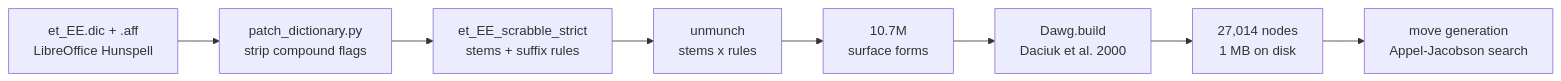
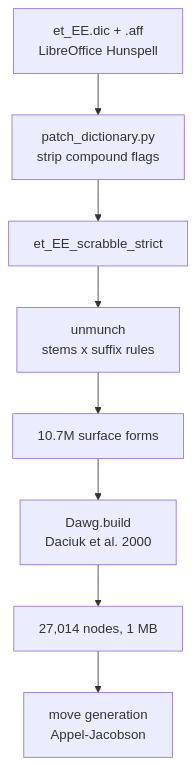
One commit to klauseduard/estonian-scrabble changed the first of 2 diagrams in docs/algorithms.md. Above: the diagram before and after it, drawn with Mermaid. The commit also changed other lines of this file and 3 other files, not shown here.

First line of the commit message:
docs: shape diagrams to the reading column, and check the width

````diff
--- a/docs/algorithms.md
+++ b/docs/algorithms.md
@@ -11,10 +11,12 @@
 ```mermaid
-graph LR
-    A["et_EE.dic + .aff<br/>LibreOffice Hunspell"] --> B["patch_dictionary.py<br/>strip compound flags"]
-    B --> C["et_EE_scrabble_strict<br/>stems + suffix rules"]
-    C --> D["unmunch<br/>stems x rules"]
-    D --> E["10.7M<br/>surface forms"]
-    E --> F["Dawg.build<br/>Daciuk et al. 2000"]
-    F --> G["27,014 nodes<br/>1 MB on disk"]
-    G --> H["move generation<br/>Appel-Jacobson search"]
+graph TD
+    A["et_EE.dic + .aff<br/>LibreOffice Hunspell"]
+    B["patch_dictionary.py<br/>strip compound flags"]
+    C["et_EE_scrabble_strict"]
+    D["unmunch<br/>stems x suffix rules"]
+    E["10.7M surface forms"]
+    F["Dawg.build<br/>Daciuk et al. 2000"]
+    G["27,014 nodes, 1 MB"]
+    H["move generation<br/>Appel-Jacobson"]
+    A --> B --> C --> D --> E --> F --> G --> H
 ```
````
